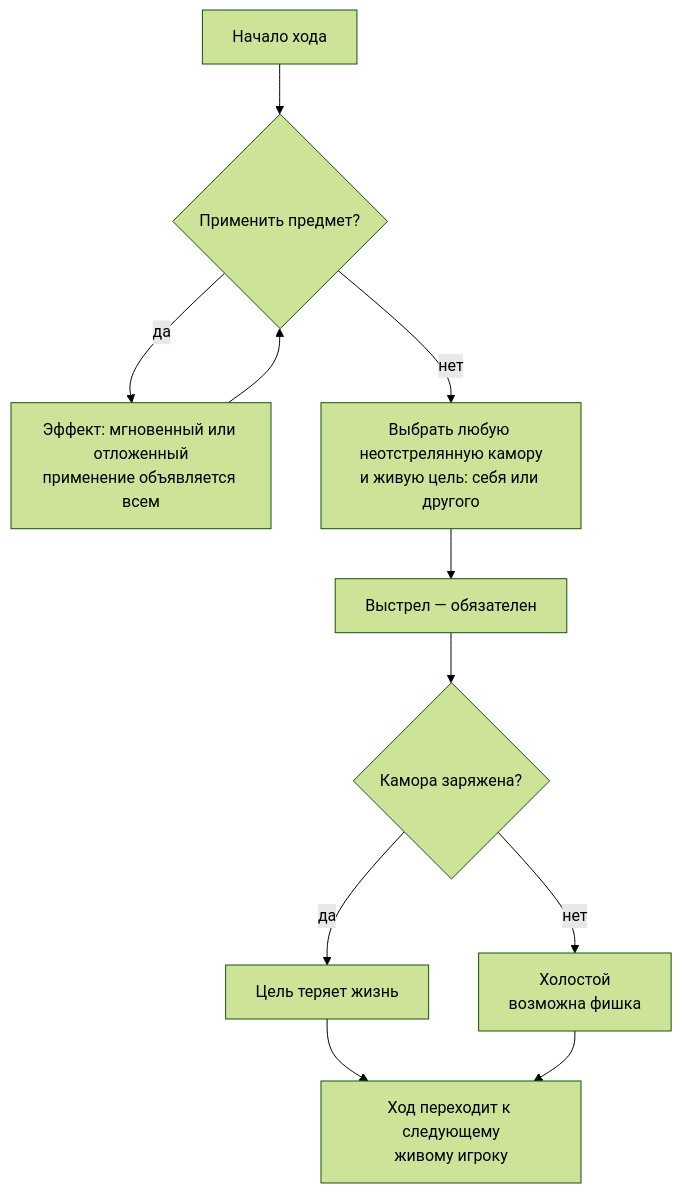
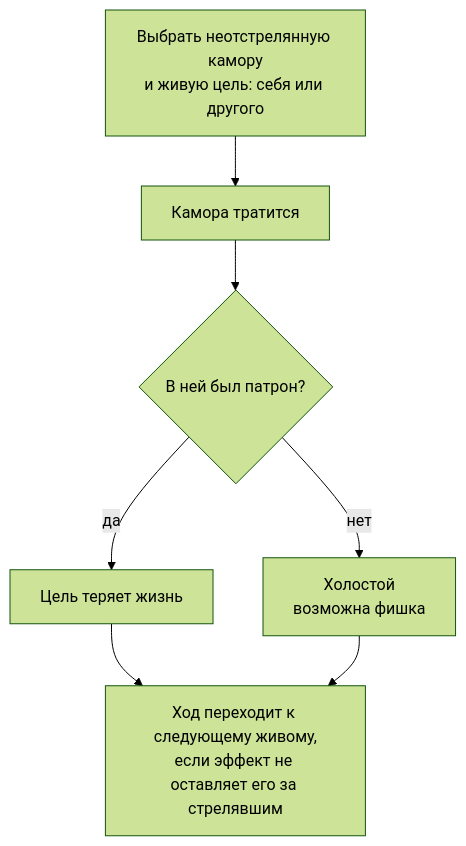
One commit to CaseyJohnson-RS/LiveEngine changed the second of 2 diagrams in docs/rules/turn.md. Above: the diagram before and after it, drawn with Mermaid (forest theme). The commit also changed other lines of this file and 10 other files, not shown here.

````diff
--- a/docs/rules/turn.md
+++ b/docs/rules/turn.md
@@ -5,13 +53,9 @@
 ```mermaid
 flowchart TD
-    A["Начало хода"] --> I{"Применить предмет?"}
-    I -- да --> U["Эффект: мгновенный или отложенный<br/>применение объявляется всем"]
-    U --> I
-    I -- нет --> C["Выбрать любую неотстрелянную камору<br/>и живую цель: себя или другого"]
-    C --> S["Выстрел — обязателен"]
-    S --> H{"Камора заряжена?"}
+    C["Выбрать неотстрелянную камору<br/>и живую цель: себя или другого"] --> S["Камора тратится"]
+    S --> H{"В ней был патрон?"}
     H -- да --> D["Цель теряет жизнь"]
     H -- нет --> O["Холостой<br/>возможна фишка"]
-    D --> N["Ход переходит к следующему<br/>живому игроку"]
-    O --> N
+    D --> T["Ход переходит к следующему живому,<br/>если эффект не оставляет его за стрелявшим"]
+    O --> T
 ```
````
